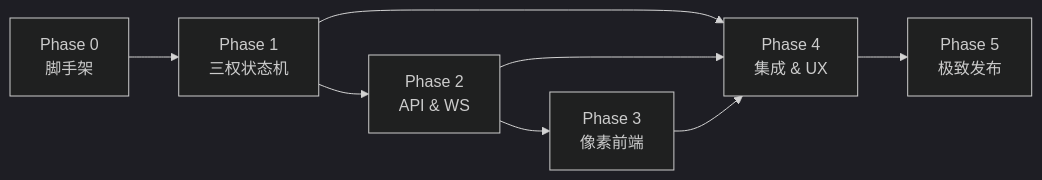
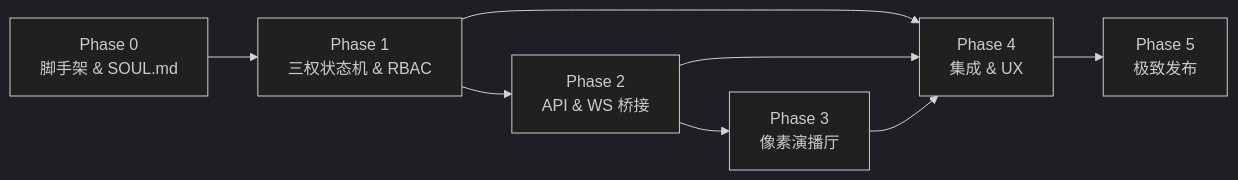
Before and after one commit to Junzerg/openclaw_trias: the diagram in docs/development_master_plan.md, drawn with Mermaid (dark theme). The commit also changed other lines of this file and 8 other files, not shown here.

````diff
--- a/docs/development_master_plan.md
+++ b/docs/development_master_plan.md
@@ -151,10 +244,10 @@
 ```mermaid
 graph LR
-    P0[Phase 0<br>脚手架] --> P1[Phase 1<br>三权状态机]
-    P1 --> P2[Phase 2<br>API & WS]
-    P2 --> P3[Phase 3<br>像素前端]
+    P0[Phase 0<br>脚手架 & SOUL.md] --> P1[Phase 1<br>三权状态机 & RBAC]
+    P1 --> P2[Phase 2<br>API & WS 桥接]
+    P2 --> P3[Phase 3<br>像素演播厅]
     P1 --> P4[Phase 4<br>集成 & UX]
     P2 --> P4
     P3 --> P4
     P4 --> P5[Phase 5<br>极致发布]
 ```
````
